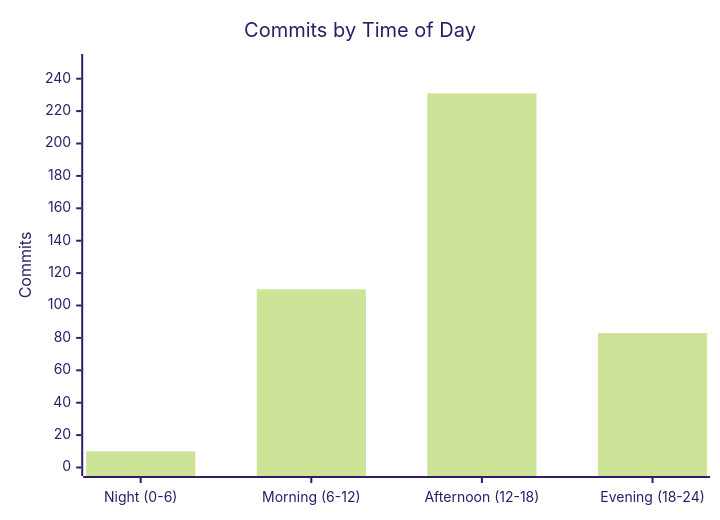
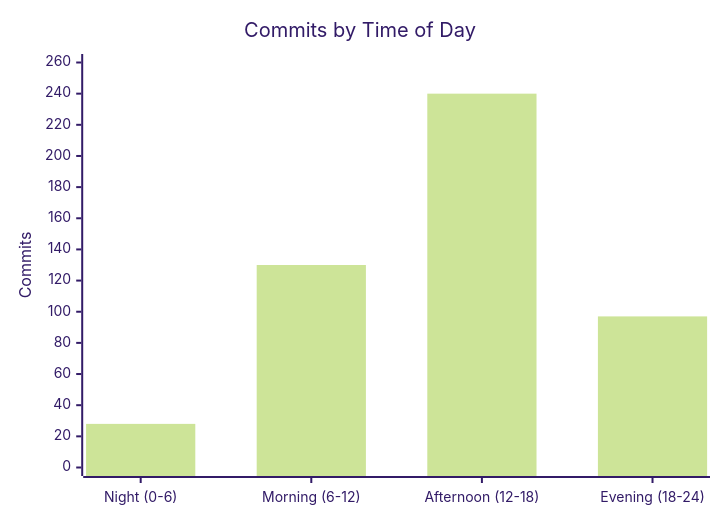
One commit to fusion94/fusion94 changed the third of 4 diagrams in code-stats.md. Above: the diagram before and after it, drawn with Mermaid (forest theme). The commit also changed other lines of this file and 1 other file, not shown here.

````diff
--- a/code-stats.md
+++ b/code-stats.md
@@ -108,7 +108,7 @@
 ```mermaid
 xychart-beta
     title "Commits by Time of Day"
     x-axis ["Night (0-6)", "Morning (6-12)", "Afternoon (12-18)", "Evening (18-24)"]
-    y-axis "Commits" 0 --> 250
-    bar [10, 110, 231, 83]
+    y-axis "Commits" 0 --> 260
+    bar [28, 130, 240, 97]
 ```
````
